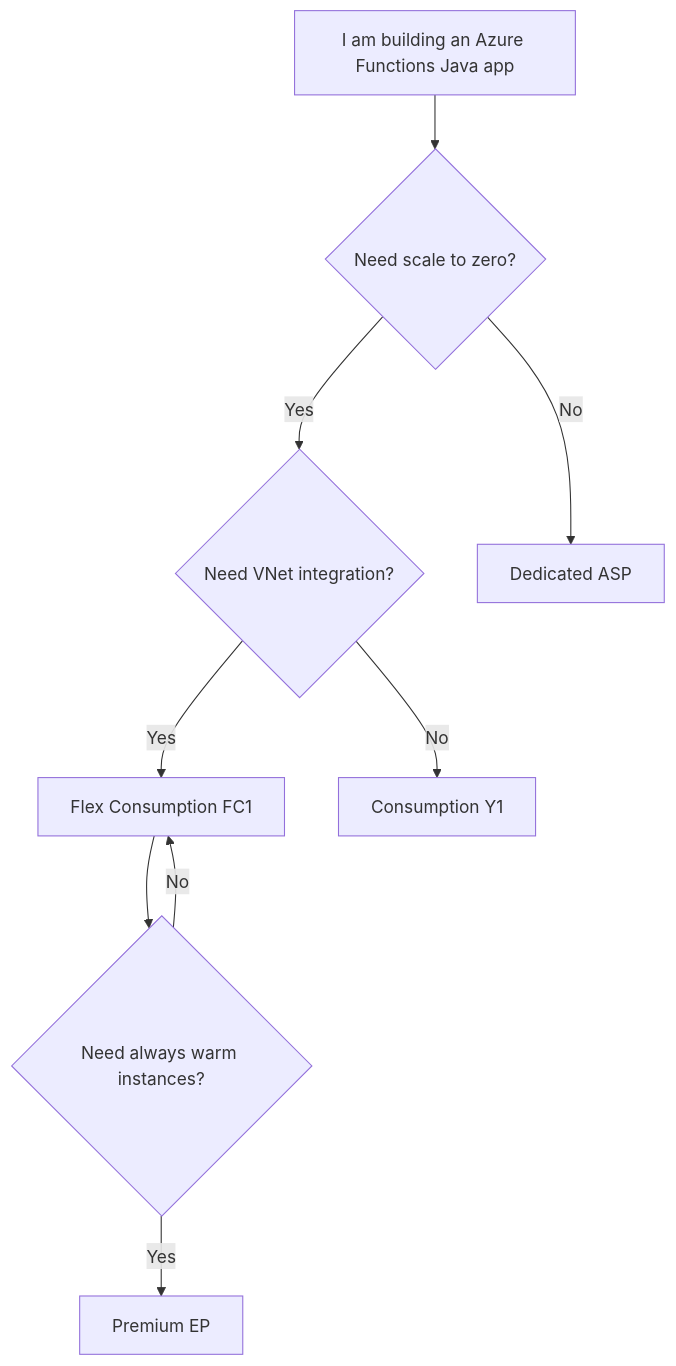
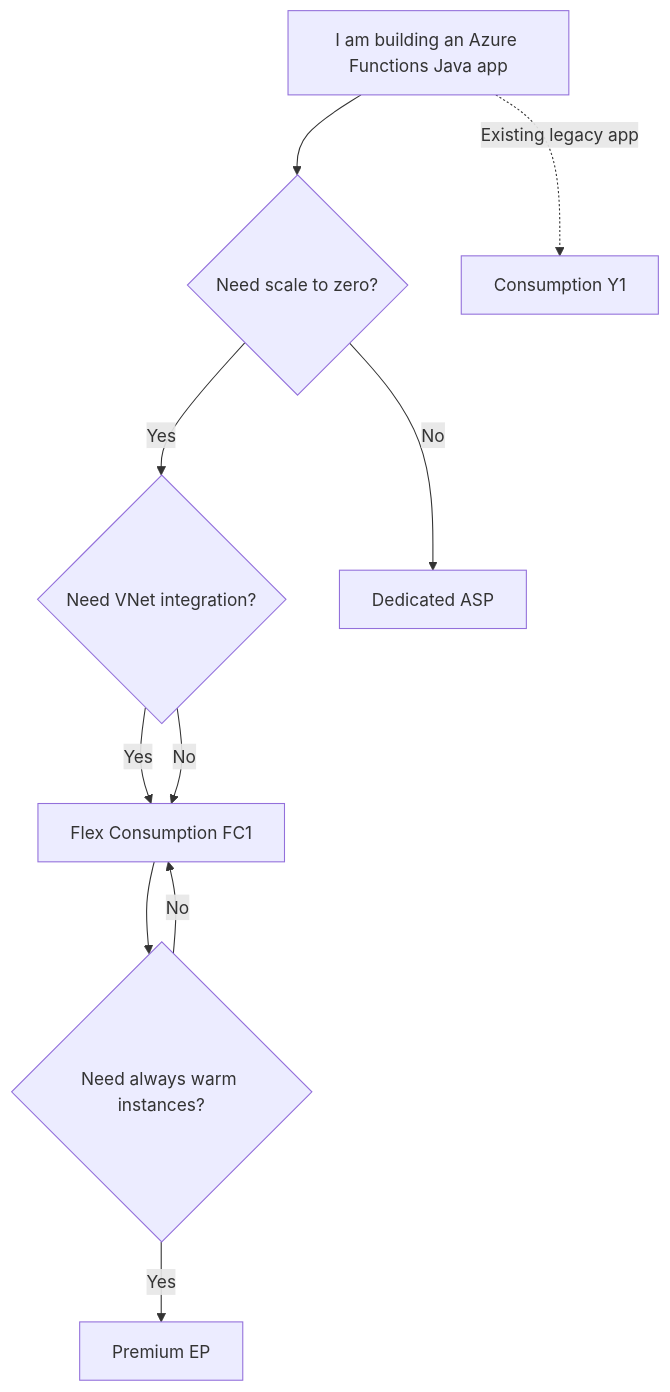
One commit to yeongseon/azure-functions-practical-guide changed the diagram in docs/language-guides/java/tutorial/index.md. Above: the diagram before and after it, drawn with Mermaid. The commit also changed other lines of this file and 10 other files, not shown here.

````diff
--- a/docs/language-guides/java/tutorial/index.md
+++ b/docs/language-guides/java/tutorial/index.md
@@ -25,16 +25,17 @@
 ```mermaid
 flowchart TD
     Start[I am building an Azure Functions Java app] --> Q1{Need scale to zero?}
     Q1 -->|Yes| Q2{Need VNet integration?}
     Q1 -->|No| DEDI[Dedicated ASP]
     Q2 -->|Yes| FLEX[Flex Consumption FC1]
-    Q2 -->|No| CONS[Consumption Y1]
+    Q2 -->|No| FLEX
+    Start -.->|Existing legacy app| CONS[Consumption Y1]
     FLEX --> Q3{Need always warm instances?}
     Q3 -->|Yes| PREM[Premium EP]
     Q3 -->|No| FLEX
 
     click CONS "consumption/01-local-run/"
     click FLEX "flex-consumption/01-local-run/"
     click PREM "premium/01-local-run/"
     click DEDI "dedicated/01-local-run/"
 ```
````
